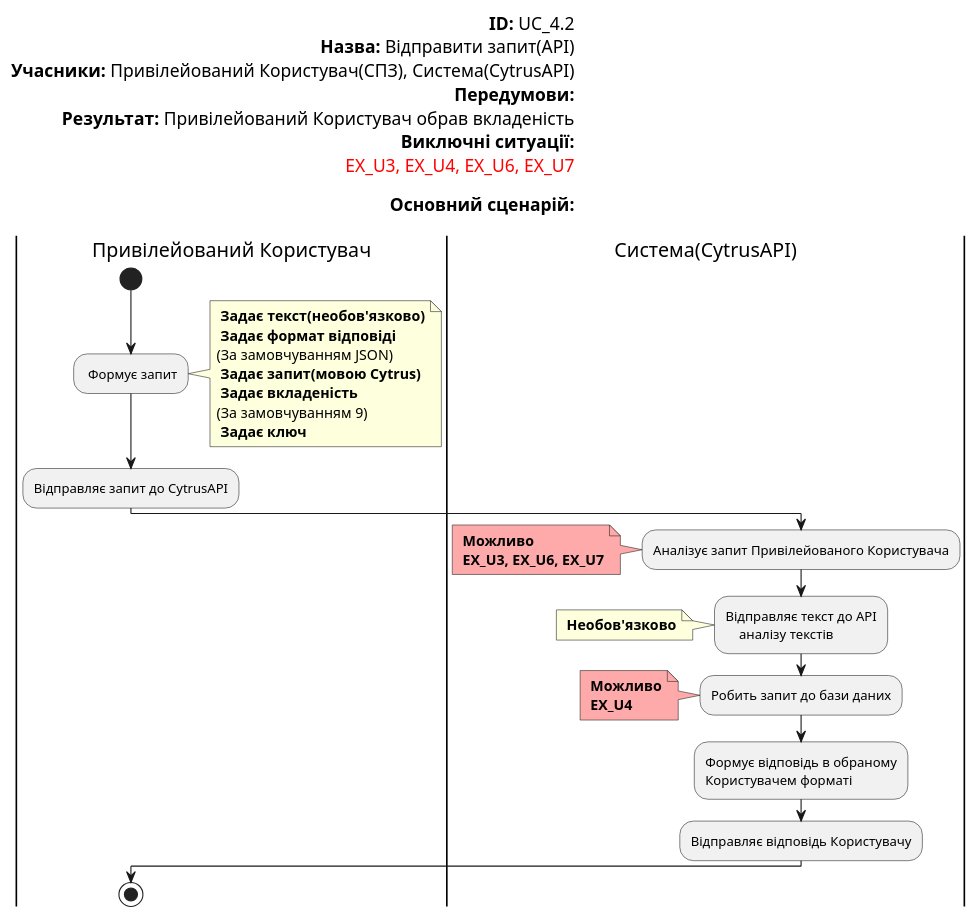
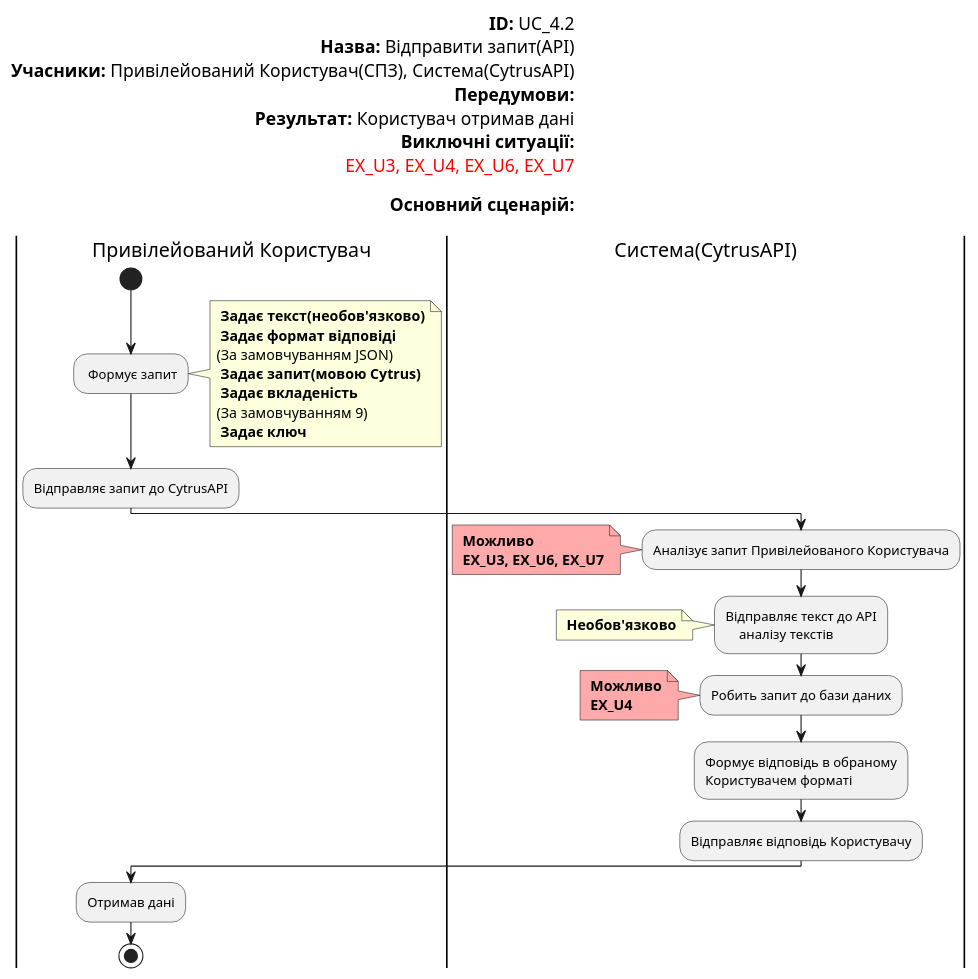
Before and after one commit to NeProgramist/Cytrus: the diagram in doc/uml/UC_4.2.puml, drawn with PlantUML.

Commit message:
add last action on user side

```diff
--- a/doc/uml/UC_4.2.puml
+++ b/doc/uml/UC_4.2.puml
@@ -1,60 +1,61 @@
 @startuml
 
 left header
 <font color=000 size=16><b>ID:</b> UC_4.2
 <font color=000 size=16><b>Назва:</b> Відправити запит(API)
 <font color=000 size=16><b>Учасники:</b> Привілейований Користувач(СПЗ), Система(CytrusAPI)
 <font color=000 size=16><b>Передумови:</b>
-<font color=000 size=16><b>Результат:</b> Привілейований Користувач обрав вкладеність
+<font color=000 size=16><b>Результат:</b> Користувач отримав дані
 <font color=000 size=16><b>Виключні ситуації:</b>
 <font color=red size=16>EX_U3, EX_U4, EX_U6, EX_U7
 
 <font color=000 size=16><b>Основний сценарій:</b>
 
 end header
 
 |Привілейований Користувач|
 start
 : Формує запит;
 note right
 <b> Задає текст(необов'язково)
 <b> Задає формат відповіді
 (За замовчуванням JSON)
 <b> Задає запит(мовою Cytrus)
 <b> Задає вкладеність
 (За замовчуванням 9)
 <b> Задає ключ
 end note
 
 :Відправляє запит до CytrusAPI;
 
 |Система(CytrusAPI)|
 :Аналізує запит Привілейованого Користувача;
 note left #ffaaaa
 <b> Можливо
 <b> EX_U3, EX_U6, EX_U7
 end note
 
 :Відправляє текст до API
     аналізу текстів;
 note left
 <b> Необов'язково
 end note
 
 :Робить запит до бази даних;
 note left #ffaaaa
 <b> Можливо
 <b> EX_U4
 end note
 
 :Формує відповідь в обраному
 Користувачем форматі;
 
 :Відправляє відповідь Користувачу;
 
 
 |Привілейований Користувач|
+:Отримав дані;
 stop;
 
 
 @enduml
```
